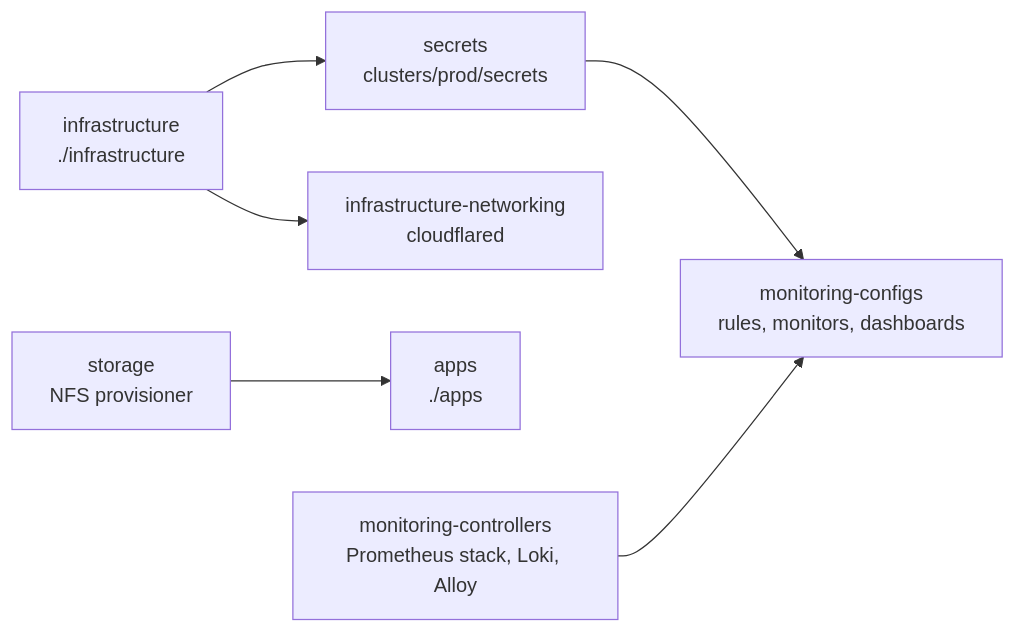
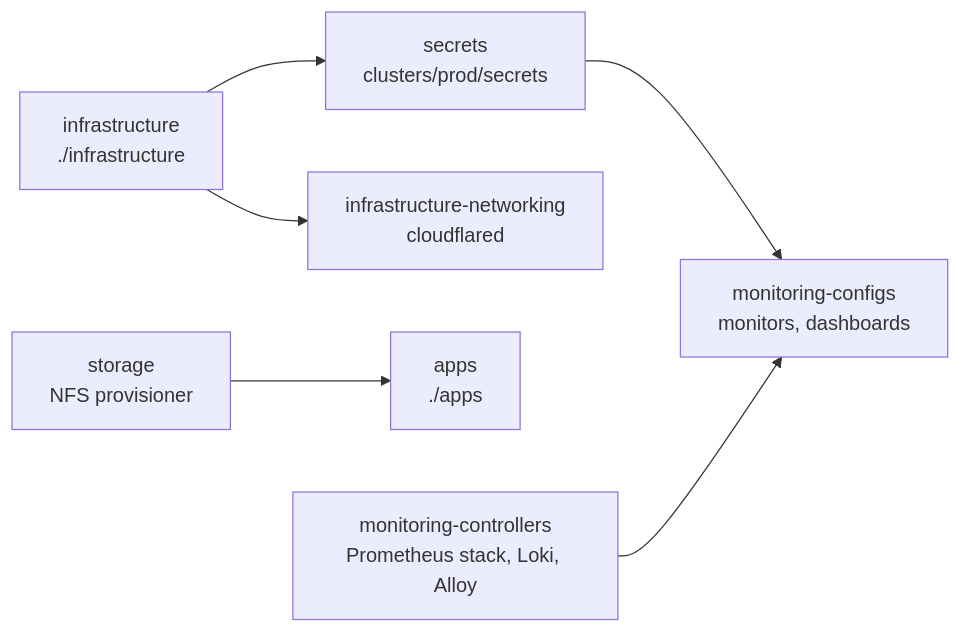
Before and after one commit to yuandrk/homelabops: the diagram in docs/gitops.md, drawn with Mermaid. The commit also changed other lines of this file and 12 other files, not shown here.

````diff
--- a/docs/gitops.md
+++ b/docs/gitops.md
@@ -22,8 +24,8 @@
 ```mermaid
 flowchart LR
     infra["infrastructure<br/>./infrastructure"] --> secrets["secrets<br/>clusters/prod/secrets"]
     infra --> net["infrastructure-networking<br/>cloudflared"]
     storage["storage<br/>NFS provisioner"] --> apps["apps<br/>./apps"]
-    monc["monitoring-controllers<br/>Prometheus stack, Loki, Alloy"] --> monconf["monitoring-configs<br/>rules, monitors, dashboards"]
+    monc["monitoring-controllers<br/>Prometheus stack, Loki, Alloy"] --> monconf["monitoring-configs<br/>monitors, dashboards"]
     secrets --> monconf
 ```
````
